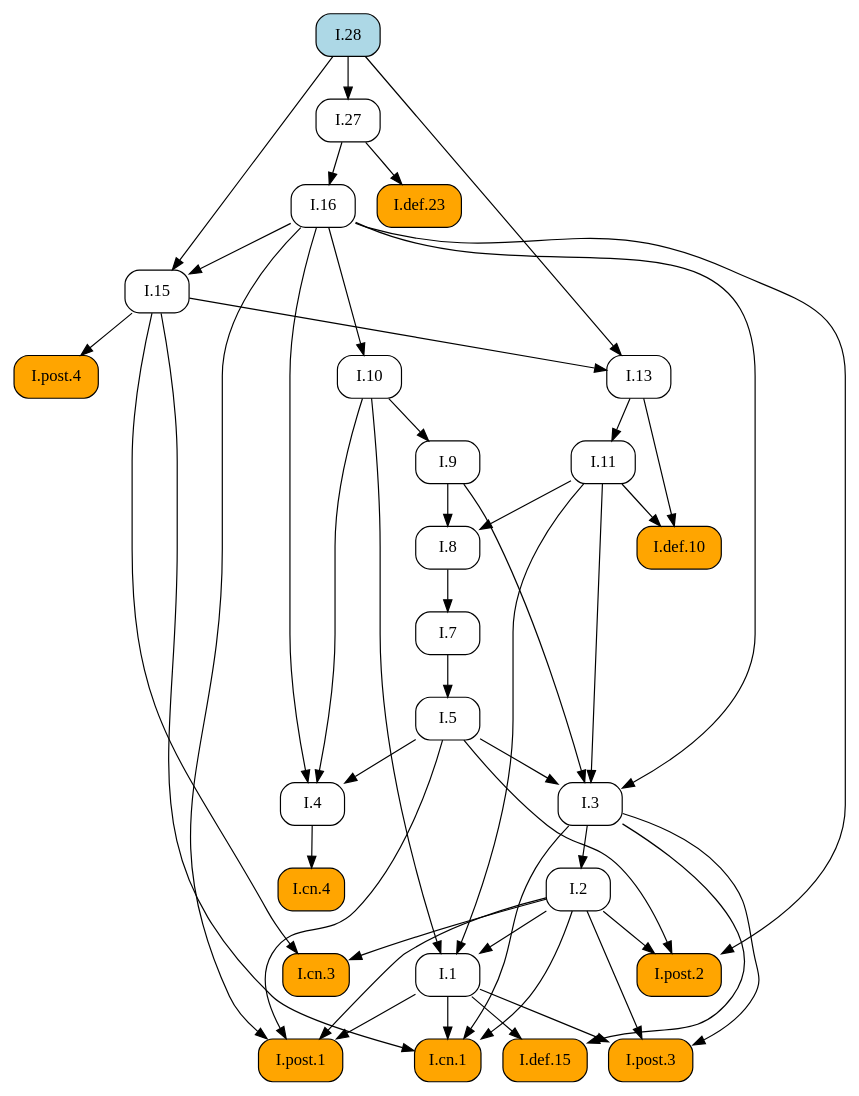
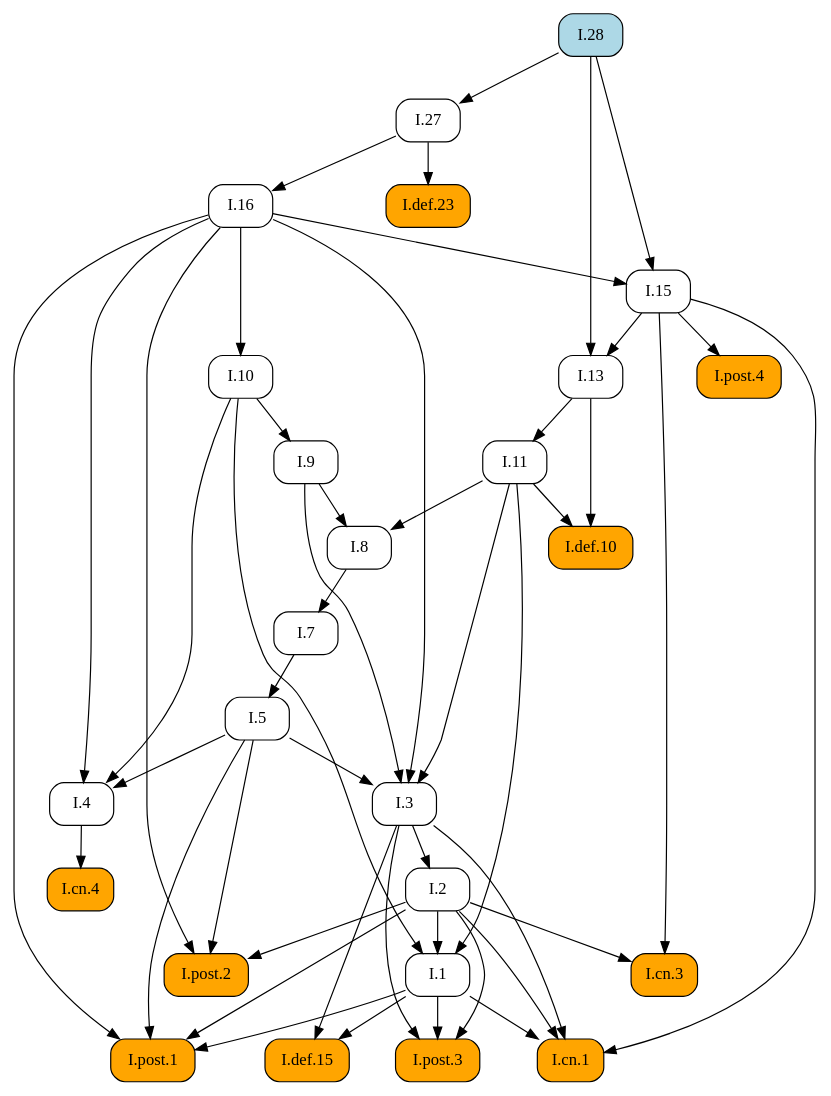
One commit to geometor/elements changed the diagram in docsrc/elements2/I/28/index.rst. Above: the diagram before and after it, drawn with Graphviz. The commit also changed other lines of this file and 171 other files, not shown here.

```diff
--- a/docsrc/elements2/I/28/index.rst
+++ b/docsrc/elements2/I/28/index.rst
@@ -42,78 +42,78 @@
 .. graphviz::
 
    digraph {
      rankdir="TB";
      node [shape=box, style=rounded];
+     "I.8" [URL="/elements2/I/8/", target="_top"];
+     "I.cn.3" [style="rounded,filled", fillcolor=orange, URL="/elements2/I/cn.3/", target="_top"];
+     "I.1" [URL="/elements2/I/1/", target="_top"];
+     "I.cn.4" [style="rounded,filled", fillcolor=orange, URL="/elements2/I/cn.4/", target="_top"];
+     "I.7" [URL="/elements2/I/7/", target="_top"];
+     "I.post.1" [style="rounded,filled", fillcolor=orange, URL="/elements2/I/post.1/", target="_top"];
+     "I.9" [URL="/elements2/I/9/", target="_top"];
+     "I.5" [URL="/elements2/I/5/", target="_top"];
+     "I.cn.1" [style="rounded,filled", fillcolor=orange, URL="/elements2/I/cn.1/", target="_top"];
      "I.16" [URL="/elements2/I/16/", target="_top"];
      "I.def.10" [style="rounded,filled", fillcolor=orange, URL="/elements2/I/def.10/", target="_top"];
+     "I.post.4" [style="rounded,filled", fillcolor=orange, URL="/elements2/I/post.4/", target="_top"];
+     "I.13" [URL="/elements2/I/13/", target="_top"];
+     "I.2" [URL="/elements2/I/2/", target="_top"];
+     "I.28" [style="rounded,filled", fillcolor=lightblue, URL="/elements2/I/28/", target="_top"];
+     "I.27" [URL="/elements2/I/27/", target="_top"];
+     "I.def.15" [style="rounded,filled", fillcolor=orange, URL="/elements2/I/def.15/", target="_top"];
+     "I.4" [URL="/elements2/I/4/", target="_top"];
+     "I.11" [URL="/elements2/I/11/", target="_top"];
+     "I.10" [URL="/elements2/I/10/", target="_top"];
+     "I.15" [URL="/elements2/I/15/", target="_top"];
+     "I.3" [URL="/elements2/I/3/", target="_top"];
      "I.def.23" [style="rounded,filled", fillcolor=orange, URL="/elements2/I/def.23/", target="_top"];
-     "I.9" [URL="/elements2/I/9/", target="_top"];
-     "I.8" [URL="/elements2/I/8/", target="_top"];
-     "I.2" [URL="/elements2/I/2/", target="_top"];
-     "I.15" [URL="/elements2/I/15/", target="_top"];
-     "I.def.15" [style="rounded,filled", fillcolor=orange, URL="/elements2/I/def.15/", target="_top"];
-     "I.cn.4" [style="rounded,filled", fillcolor=orange, URL="/elements2/I/cn.4/", target="_top"];
+     "I.post.2" [style="rounded,filled", fillcolor=orange, URL="/elements2/I/post.2/", target="_top"];
      "I.post.3" [style="rounded,filled", fillcolor=orange, URL="/elements2/I/post.3/", target="_top"];
-     "I.28" [style="rounded,filled", fillcolor=lightblue, URL="/elements2/I/28/", target="_top"];
-     "I.1" [URL="/elements2/I/1/", target="_top"];
-     "I.27" [URL="/elements2/I/27/", target="_top"];
-     "I.post.2" [style="rounded,filled", fillcolor=orange, URL="/elements2/I/post.2/", target="_top"];
-     "I.13" [URL="/elements2/I/13/", target="_top"];
-     "I.10" [URL="/elements2/I/10/", target="_top"];
-     "I.post.1" [style="rounded,filled", fillcolor=orange, URL="/elements2/I/post.1/", target="_top"];
-     "I.7" [URL="/elements2/I/7/", target="_top"];
-     "I.post.4" [style="rounded,filled", fillcolor=orange, URL="/elements2/I/post.4/", target="_top"];
-     "I.cn.1" [style="rounded,filled", fillcolor=orange, URL="/elements2/I/cn.1/", target="_top"];
-     "I.3" [URL="/elements2/I/3/", target="_top"];
-     "I.cn.3" [style="rounded,filled", fillcolor=orange, URL="/elements2/I/cn.3/", target="_top"];
-     "I.11" [URL="/elements2/I/11/", target="_top"];
-     "I.5" [URL="/elements2/I/5/", target="_top"];
-     "I.4" [URL="/elements2/I/4/", target="_top"];
-     "I.27" -> "I.16";
-     "I.11" -> "I.def.10";
-     "I.13" -> "I.def.10";
-     "I.27" -> "I.def.23";
-     "I.10" -> "I.9";
      "I.9" -> "I.8";
      "I.11" -> "I.8";
-     "I.3" -> "I.2";
-     "I.16" -> "I.15";
-     "I.28" -> "I.15";
-     "I.1" -> "I.def.15";
-     "I.3" -> "I.def.15";
-     "I.4" -> "I.cn.4";
-     "I.1" -> "I.post.3";
-     "I.2" -> "I.post.3";
-     "I.3" -> "I.post.3";
+     "I.2" -> "I.cn.3";
+     "I.15" -> "I.cn.3";
      "I.2" -> "I.1";
      "I.10" -> "I.1";
      "I.11" -> "I.1";
-     "I.28" -> "I.27";
-     "I.2" -> "I.post.2";
-     "I.5" -> "I.post.2";
-     "I.16" -> "I.post.2";
-     "I.15" -> "I.13";
-     "I.28" -> "I.13";
-     "I.16" -> "I.10";
+     "I.4" -> "I.cn.4";
+     "I.8" -> "I.7";
      "I.1" -> "I.post.1";
      "I.2" -> "I.post.1";
      "I.5" -> "I.post.1";
      "I.16" -> "I.post.1";
-     "I.8" -> "I.7";
-     "I.15" -> "I.post.4";
+     "I.10" -> "I.9";
+     "I.7" -> "I.5";
      "I.1" -> "I.cn.1";
      "I.2" -> "I.cn.1";
      "I.3" -> "I.cn.1";
      "I.15" -> "I.cn.1";
+     "I.27" -> "I.16";
+     "I.11" -> "I.def.10";
+     "I.13" -> "I.def.10";
+     "I.15" -> "I.post.4";
+     "I.15" -> "I.13";
+     "I.28" -> "I.13";
+     "I.3" -> "I.2";
+     "I.28" -> "I.27";
+     "I.1" -> "I.def.15";
+     "I.3" -> "I.def.15";
+     "I.5" -> "I.4";
+     "I.10" -> "I.4";
+     "I.16" -> "I.4";
+     "I.13" -> "I.11";
+     "I.16" -> "I.10";
+     "I.16" -> "I.15";
+     "I.28" -> "I.15";
      "I.5" -> "I.3";
      "I.9" -> "I.3";
      "I.11" -> "I.3";
      "I.16" -> "I.3";
-     "I.2" -> "I.cn.3";
-     "I.15" -> "I.cn.3";
-     "I.13" -> "I.11";
-     "I.7" -> "I.5";
-     "I.5" -> "I.4";
-     "I.10" -> "I.4";
-     "I.16" -> "I.4";
+     "I.27" -> "I.def.23";
+     "I.2" -> "I.post.2";
+     "I.5" -> "I.post.2";
+     "I.16" -> "I.post.2";
+     "I.1" -> "I.post.3";
+     "I.2" -> "I.post.3";
+     "I.3" -> "I.post.3";
    }
```
